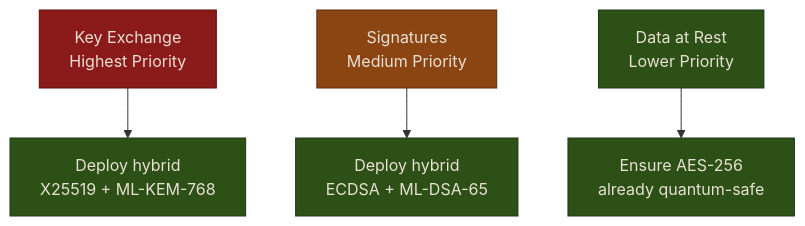
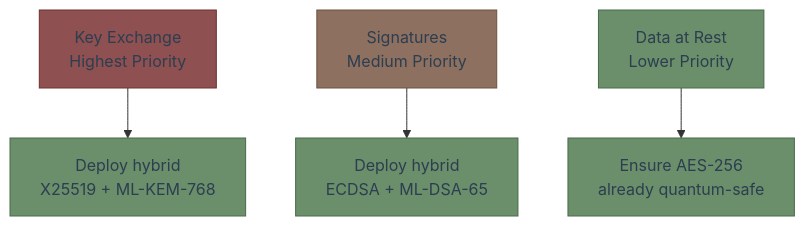
Before and after one commit to MichaelTien8901/pqc-engineering-guide: the second of 3 diagrams in 06-migration-guide.md, drawn with Mermaid. The commit also changed other lines of this file and 8 other files, not shown here.

First line of the commit message:
Fix Mermaid paper-like styling matching reference project

````diff
--- a/06-migration-guide.md
+++ b/06-migration-guide.md
@@ -76,15 +76,15 @@
 ```mermaid
 flowchart TD
     KEX[Key Exchange<br/>Highest Priority] --> HYBRID_KEM[Deploy hybrid<br/>X25519 + ML-KEM-768]
     SIG[Signatures<br/>Medium Priority] --> HYBRID_SIG[Deploy hybrid<br/>ECDSA + ML-DSA-65]
     DATA[Data at Rest<br/>Lower Priority] --> AES256[Ensure AES-256<br/>already quantum-safe]
 
-    classDef high fill:#8b1a1a,stroke:#5a0d0d,color:#e8e0d4
-    classDef med fill:#8b4513,stroke:#5a2d0a,color:#e8e0d4
-    classDef low fill:#2d5016,stroke:#1a3a1a,color:#e8e0d4
+    classDef high fill:#8e5050,stroke:#6e3030,color:#2c3e50
+    classDef med fill:#8e7060,stroke:#6e5040,color:#2c3e50
+    classDef low fill:#6b8e6b,stroke:#4a6a4a,color:#2c3e50
 
     class KEX high
     class SIG med
     class DATA low
     class HYBRID_KEM,HYBRID_SIG,AES256 low
 ```
````
